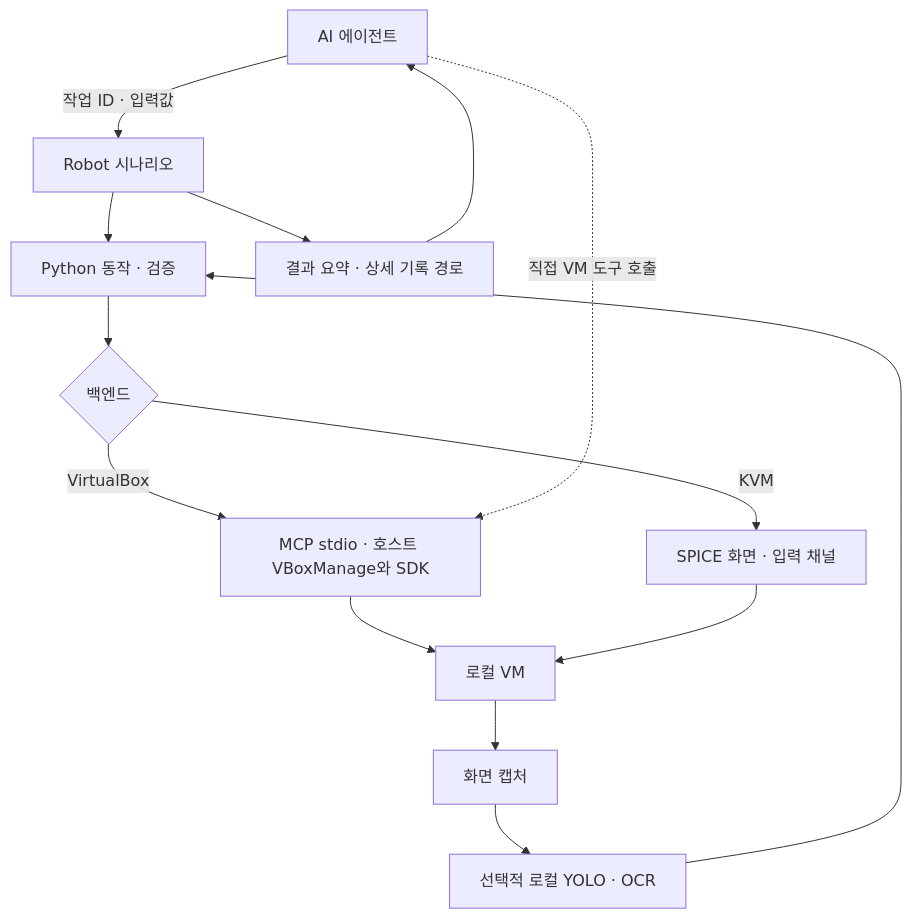
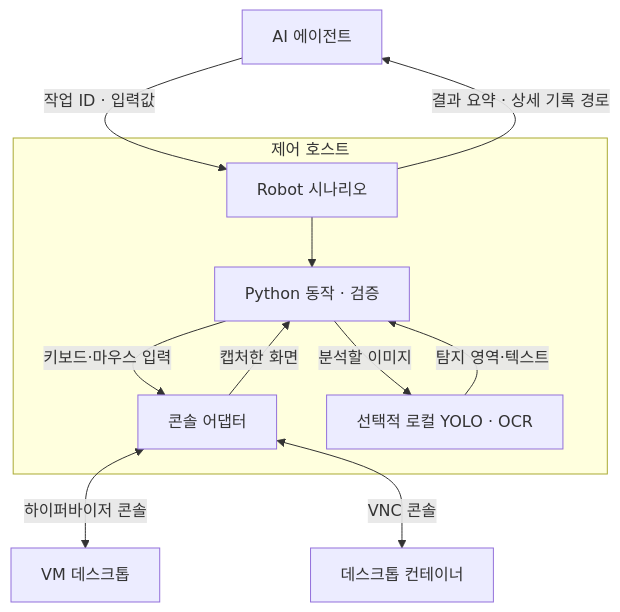
One commit to wayfarer6/vamp-mcp changed the diagram in docs/MCP_ARCHITECTURE.md. Above: the diagram before and after it, drawn with Mermaid. The commit also changed other lines of this file and 3 other files, not shown here.

````diff
--- a/docs/MCP_ARCHITECTURE.md
+++ b/docs/MCP_ARCHITECTURE.md
@@ -9,16 +9,21 @@
 ```mermaid
 flowchart TB
-    A[AI 에이전트] -->|작업 ID · 입력값| R[Robot 시나리오]
-    R --> P[Python 동작 · 검증]
-    P --> B{백엔드}
-    B -->|VirtualBox| M[MCP stdio · 호스트 VBoxManage와 SDK]
-    B -->|KVM| S[SPICE 화면 · 입력 채널]
-    M --> V[로컬 VM]
-    S --> V
-    V --> C[화면 캡처]
-    C --> O[선택적 로컬 YOLO · OCR]
-    O --> P
-    R --> Q[결과 요약 · 상세 기록 경로]
-    Q --> A
-    A -. 직접 VM 도구 호출 .-> M
+    A["AI 에이전트"]
+    subgraph Host ["제어 호스트"]
+        R["Robot 시나리오"]
+        P["Python 동작 · 검증"]
+        B["콘솔 어댑터"]
+        O["선택적 로컬 YOLO · OCR"]
+        R --> P
+        P -->|키보드·마우스 입력| B
+        B -->|캡처한 화면| P
+        P -->|분석할 이미지| O
+        O -->|탐지 영역·텍스트| P
+    end
+    V["VM 데스크톱"]
+    C["데스크톱 컨테이너"]
+    A -->|작업 ID · 입력값| R
+    R -->|결과 요약 · 상세 기록 경로| A
+    B <-->|하이퍼바이저 콘솔| V
+    B <-->|VNC 콘솔| C
 ```
````
